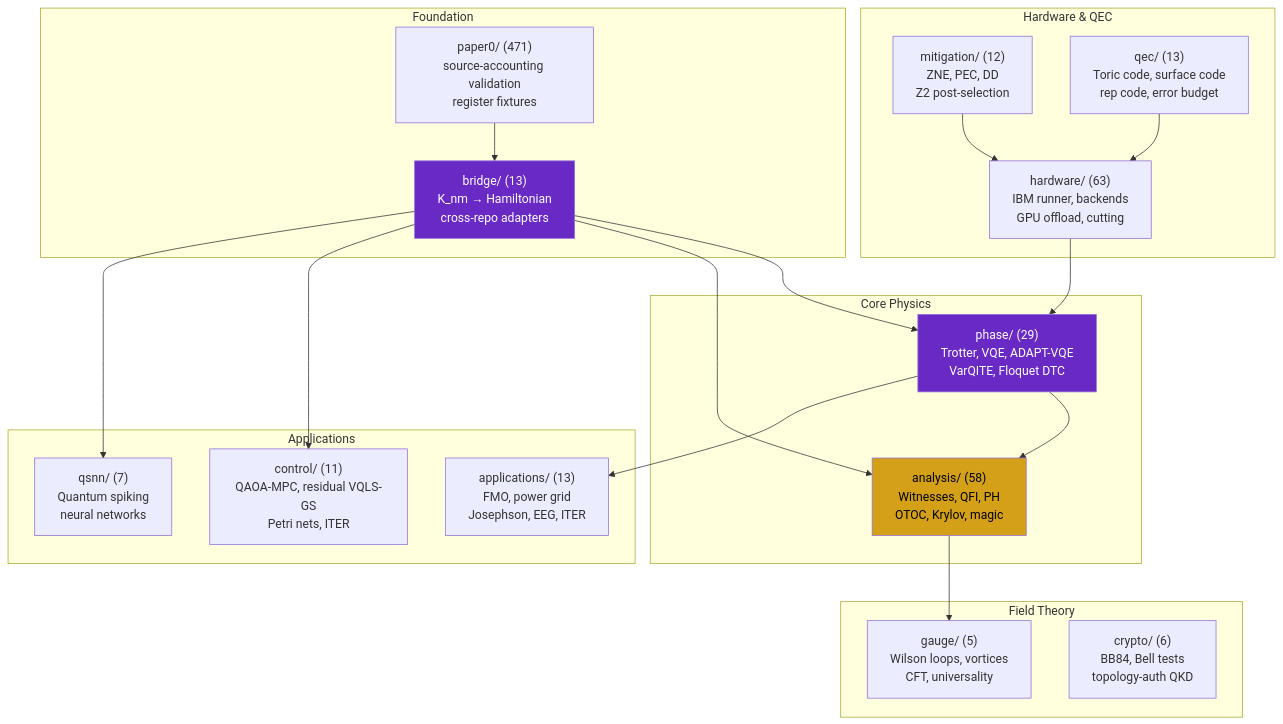
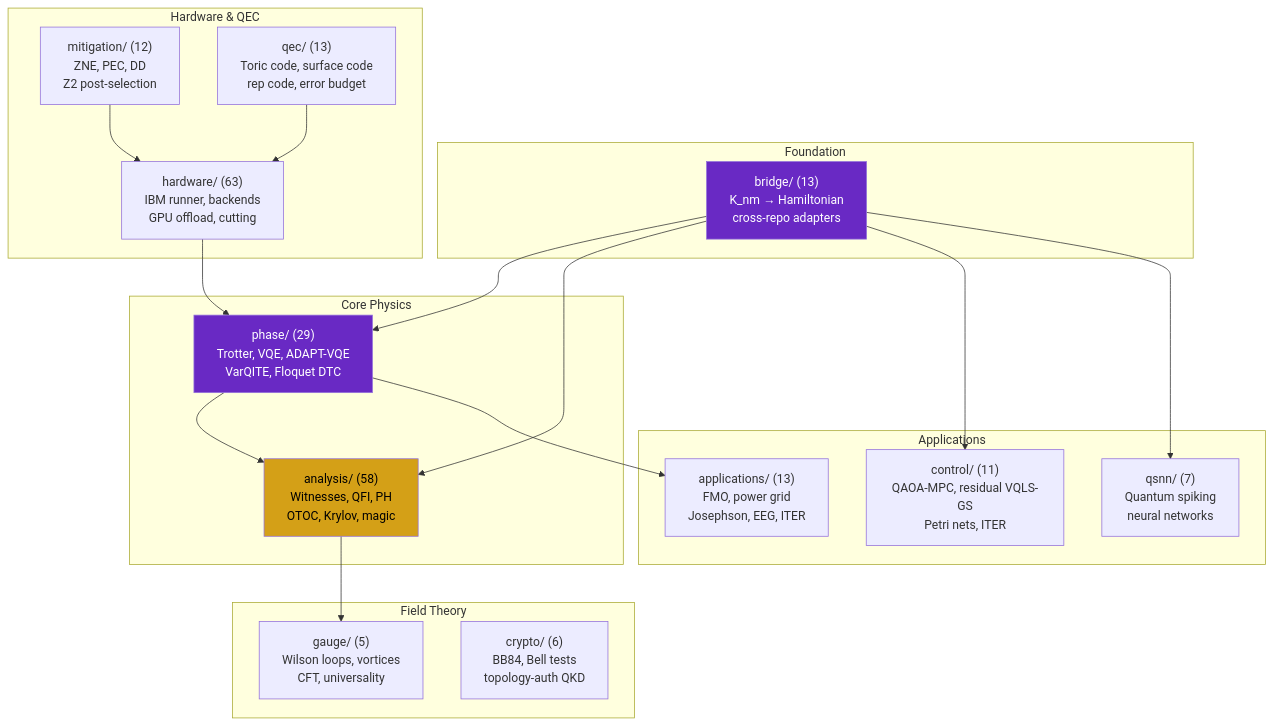
One commit to anulum/scpn-quantum-control changed the first of 2 diagrams in README.md. Above: the diagram before and after it, drawn with Mermaid. The commit also changed other lines of this file and 6104 other files, not shown here.

````diff
--- a/README.md
+++ b/README.md
@@ -676,45 +659,43 @@
 ```mermaid
 graph TD
     subgraph Foundation
         bridge["bridge/ (13)\nK_nm → Hamiltonian\ncross-repo adapters"]
-        paper0["paper0/ (471)\nsource-accounting validation\nregister fixtures"]
     end
 
     subgraph "Core Physics"
         phase["phase/ (29)\nTrotter, VQE, ADAPT-VQE\nVarQITE, Floquet DTC"]
         analysis["analysis/ (58)\nWitnesses, QFI, PH\nOTOC, Krylov, magic"]
     end
 
     subgraph "Applications"
         control["control/ (11)\nQAOA-MPC, residual VQLS-GS\nPetri nets, ITER"]
         qsnn["qsnn/ (7)\nQuantum spiking\nneural networks"]
         apps["applications/ (13)\nFMO, power grid\nJosephson, EEG, ITER"]
     end
 
     subgraph "Hardware & QEC"
         hw["hardware/ (63)\nIBM runner, backends\nGPU offload, cutting"]
         mit["mitigation/ (12)\nZNE, PEC, DD\nZ2 post-selection"]
         qec["qec/ (13)\nToric code, surface code\nrep code, error budget"]
     end
 
     subgraph "Field Theory"
         gauge["gauge/ (5)\nWilson loops, vortices\nCFT, universality"]
         crypto["crypto/ (6)\nBB84, Bell tests\ntopology-auth QKD"]
     end
 
     bridge --> phase
     bridge --> analysis
     bridge --> control
     bridge --> qsnn
-    paper0 --> bridge
     phase --> analysis
     phase --> apps
     hw --> phase
     mit --> hw
     qec --> hw
     analysis --> gauge
 
     style bridge fill:#6929C4,color:#fff
     style analysis fill:#d4a017,color:#000
     style phase fill:#6929C4,color:#fff
 ```
````
